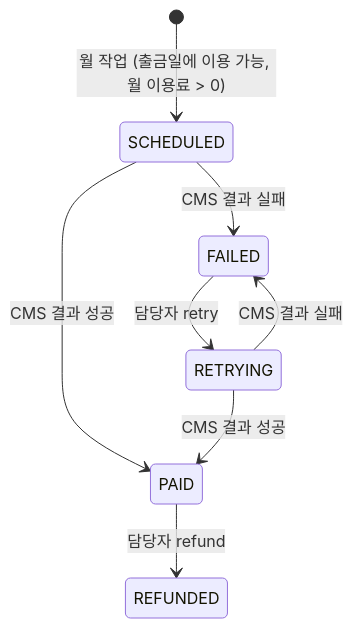
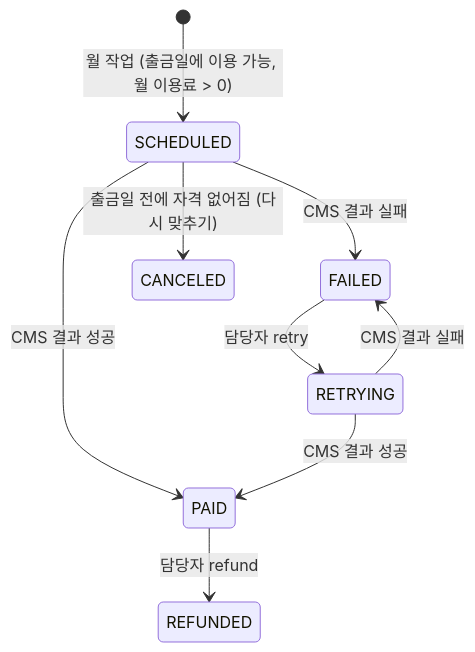
One commit to cbcruk/semu changed the second of 4 diagrams in docs/design/billing.md. Above: the diagram before and after it, drawn with Mermaid. The commit also changed other lines of this file and 13 other files, not shown here.

````diff
--- a/docs/design/billing.md
+++ b/docs/design/billing.md
@@ -171,10 +177,11 @@
 ```mermaid
 stateDiagram-v2
   [*] --> SCHEDULED: 월 작업 (출금일에 이용 가능, 월 이용료 > 0)
   SCHEDULED --> PAID: CMS 결과 성공
   SCHEDULED --> FAILED: CMS 결과 실패
+  SCHEDULED --> CANCELED: 출금일 전에 자격 없어짐 (다시 맞추기)
   FAILED --> RETRYING: 담당자 retry
   RETRYING --> PAID: CMS 결과 성공
   RETRYING --> FAILED: CMS 결과 실패
   PAID --> REFUNDED: 담당자 refund
 ```
````
